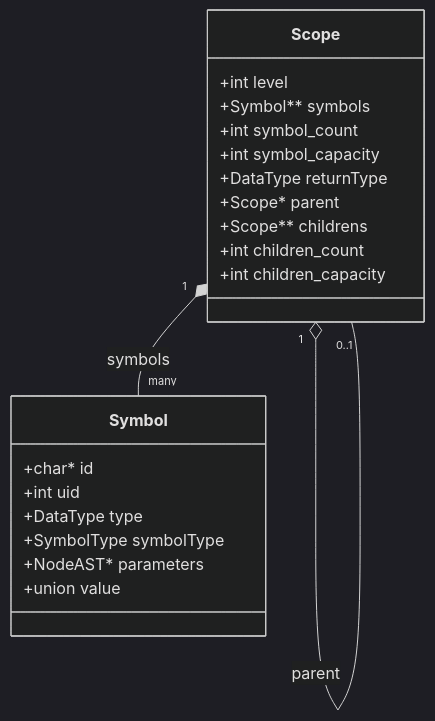
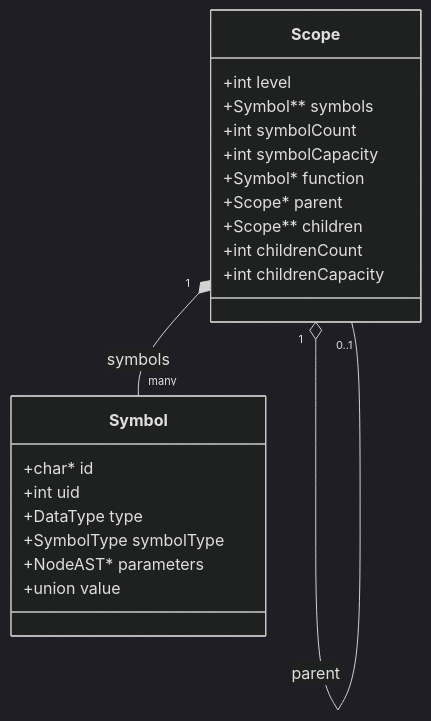
One commit to julivarea/compiler changed the first of 3 diagrams in documentacion/wiki/04-semantic-analysis.md. Above: the diagram before and after it, drawn with Mermaid (dark theme). The commit also changed other lines of this file and 4 other files, not shown here.

````diff
--- a/documentacion/wiki/04-semantic-analysis.md
+++ b/documentacion/wiki/04-semantic-analysis.md
@@ -9,27 +9,27 @@
 ```mermaid
 classDiagram
     class Scope {
         +int level
         +Symbol** symbols
-        +int symbol_count
-        +int symbol_capacity
-        +DataType returnType
+        +int symbolCount
+        +int symbolCapacity
+        +Symbol* function
         +Scope* parent
-        +Scope** childrens
-        +int children_count
-        +int children_capacity
+        +Scope** children
+        +int childrenCount
+        +int childrenCapacity
     }
 
     class Symbol {
         +char* id
         +int uid
         +DataType type
         +SymbolType symbolType
         +NodeAST* parameters
         +union value
     }
 
-    Scope "1" *-- "many" Scope : childrens
+    Scope "1" *-- "many" Scope : children
     Scope "1" o-- "0..1" Scope : parent
     Scope "1" *-- "many" Symbol : symbols
 ```
````
